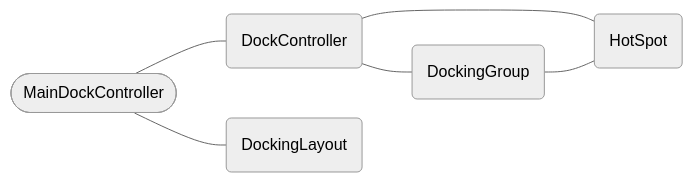
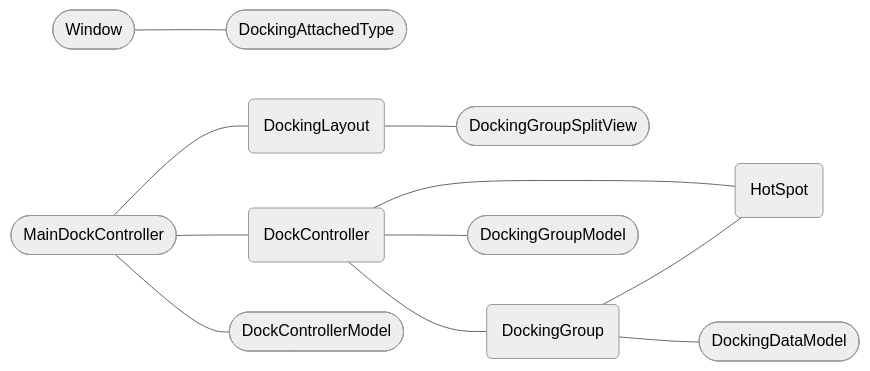
The fourth of 4 diagrams in slides.md (Furkanzmc/qtws-2025-great-migration), drawn with Mermaid (neutral theme) before and after one commit. The commit also changed other lines of this file and 1 other file, not shown here.

````diff
--- a/slides.md
+++ b/slides.md
@@ -874,6 +905,11 @@
 ```mermaid
 flowchart LR
-    A(["MainDockController"]) --- B("DockController") & DL("DockingLayout")
-    B --- C("DockingGroup") & D("HotSpot")
-    C --- D
+    W(["Window"]) --- DAT(["DockingAttachedType"])
+    MDC(["MainDockController"]) --- DC("DockController") & DL("DockingLayout")
+    DL --- DGSV(["DockingGroupSplitView"])
+    DC --- DG("DockingGroup") & HS("HotSpot")
+    DG --- HS
+    MDC --- DCM(["DockControllerModel"])
+    DC --- DGM(["DockingGroupModel"])
+    DG --- DDM(["DockingDataModel"])
 ```
````
